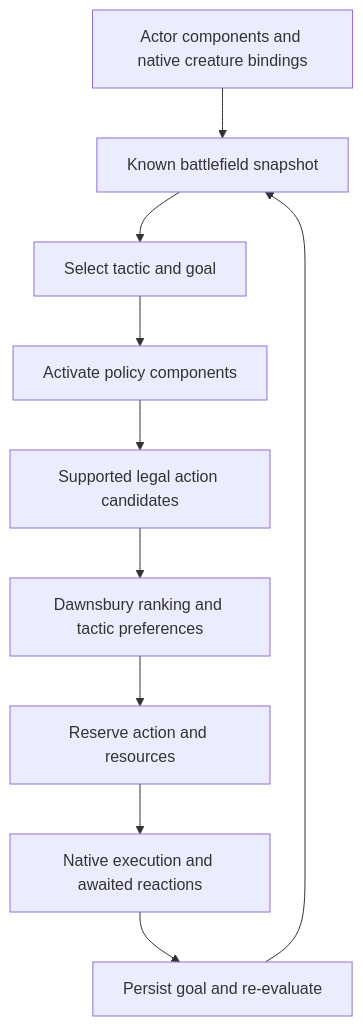
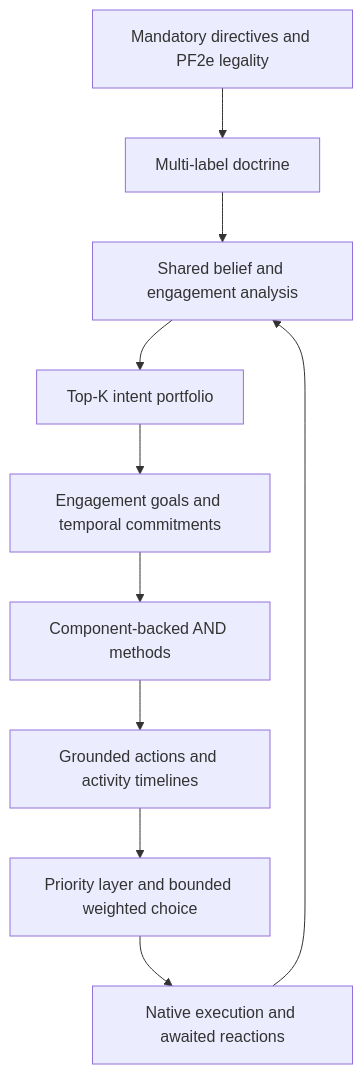
One commit to romaogo-sallah/foundry-creature-ai changed the diagram in docs/tactics-and-components.md. Above: the diagram before and after it, drawn with Mermaid. The commit also changed other lines of this file and 26 other files, not shown here.

````diff
--- a/docs/tactics-and-components.md
+++ b/docs/tactics-and-components.md
@@ -5,12 +5,12 @@
 ```mermaid
 flowchart TD
-    A[Actor components and native creature bindings] --> B[Known battlefield snapshot]
-    B --> C[Select tactic and goal]
-    C --> D[Activate policy components]
-    D --> E[Supported legal action candidates]
-    E --> F[Dawnsbury ranking and tactic preferences]
-    F --> G[Reserve action and resources]
-    G --> H[Native execution and awaited reactions]
-    H --> I[Persist goal and re-evaluate]
-    I --> B
+    A[Mandatory directives and PF2e legality] --> B[Multi-label doctrine]
+    B --> C[Shared belief and engagement analysis]
+    C --> D[Top-K intent portfolio]
+    D --> E[Engagement goals and temporal commitments]
+    E --> F[Component-backed AND methods]
+    F --> G[Grounded actions and activity timelines]
+    G --> H[Priority layer and bounded weighted choice]
+    H --> I[Native execution and awaited reactions]
+    I --> C
 ```
````
